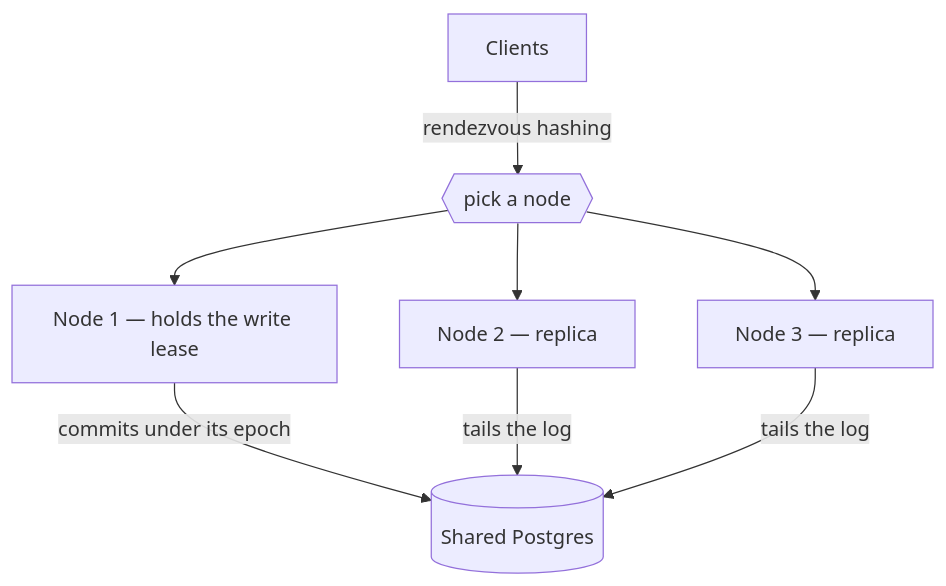
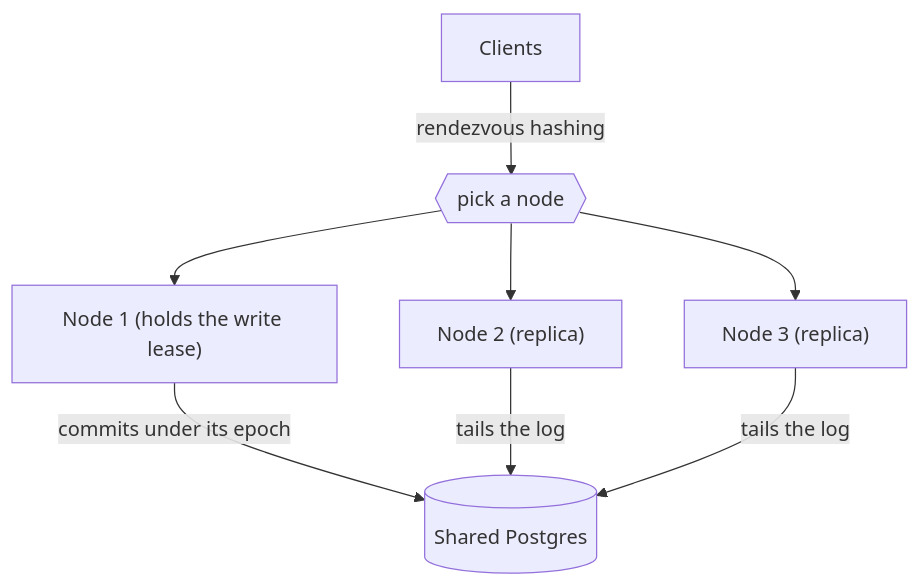
One commit to helipod-sh/helipod changed the fourth of 4 diagrams in docs_new/content/docs/contributing/architecture/runtimes.mdx. Above: the diagram before and after it, drawn with Mermaid. The commit also changed other lines of this file and 49 other files, not shown here.

````diff
--- a/docs_new/content/docs/contributing/architecture/runtimes.mdx
+++ b/docs_new/content/docs/contributing/architecture/runtimes.mdx
@@ -103,10 +131,10 @@
 ```mermaid
 flowchart TB
   Clients["Clients"] -- "rendezvous hashing" --> Router{{"pick a node"}}
-  Router --> N1["Node 1 — holds the write lease"]
-  Router --> N2["Node 2 — replica"]
-  Router --> N3["Node 3 — replica"]
+  Router --> N1["Node 1 (holds the write lease)"]
+  Router --> N2["Node 2 (replica)"]
+  Router --> N3["Node 3 (replica)"]
   N1 -- "commits under its epoch" --> PG[("Shared Postgres")]
   N2 -- "tails the log" --> PG
   N3 -- "tails the log" --> PG
 ```
````
